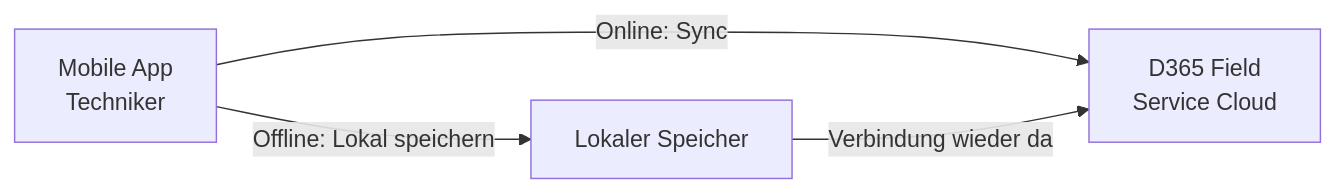
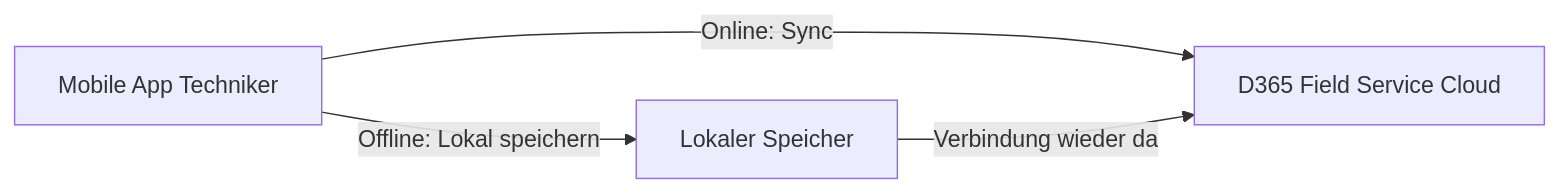
One commit to SoniiiT/notes-n-docs changed the fifth of 5 diagrams in Microsoft 365/Dynamics 365/Dynamics 365 Field Service.md. Above: the diagram before and after it, drawn with Mermaid. The commit also changed other lines of this file and 124 other files, not shown here.

First line of the commit message:
fix: Entferne \n aus allen Mermaid-Diagrammen (125 Dateien)

````diff
--- a/Microsoft 365/Dynamics 365/Dynamics 365 Field Service.md
+++ b/Microsoft 365/Dynamics 365/Dynamics 365 Field Service.md
@@ -215,6 +215,6 @@
 ```mermaid
 graph LR
-    APP[Mobile App\nTechniker] -->|Online: Sync| D365[D365 Field\nService Cloud]
+    APP[Mobile App Techniker] -->|Online: Sync| D365[D365 Field Service Cloud]
     APP -->|Offline: Lokal speichern| LOC[Lokaler Speicher]
     LOC -->|Verbindung wieder da| D365
 ```
````
